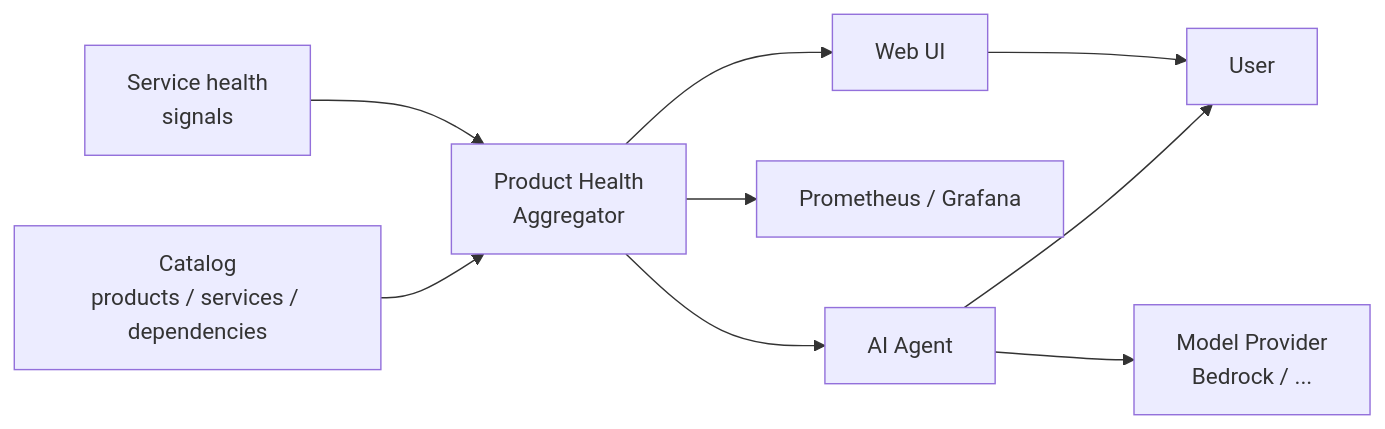
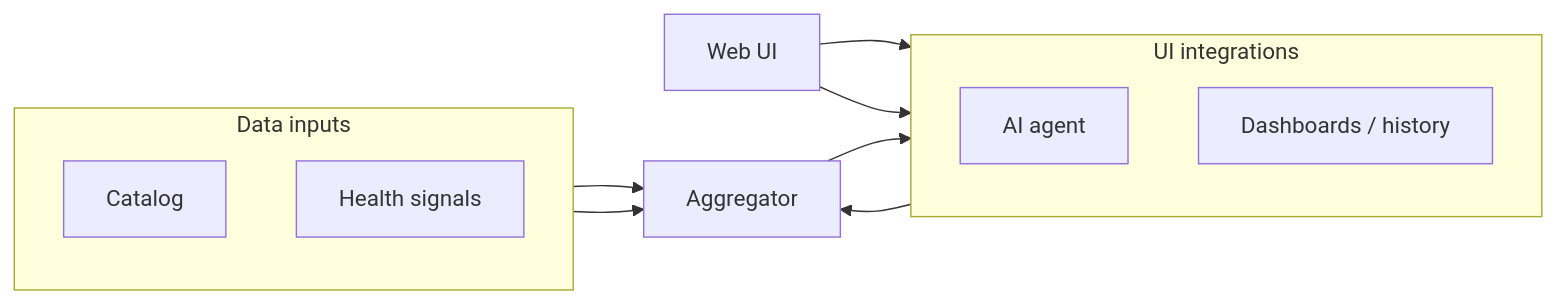
The first of 3 diagrams in README.md (aleksei-sapozhnikov/aggregator), drawn with Mermaid before and after one commit.

Commit message:
Refine overview architecture diagram

````diff
--- a/README.md
+++ b/README.md
@@ -60,14 +60,26 @@
 ```mermaid
 flowchart LR
-  signals["Service health<br>signals"] --> health["Product Health<br>Aggregator"]
-  catalog["Catalog<br>products / services / dependencies"] --> health
+  ui["Web UI"]
 
-  health --> ui["Web UI"]
-  health --> observability["Prometheus / Grafana"]
-  health --> agent["AI Agent"]
+  subgraph experience["UI integrations"]
+    direction TB
+    agent["AI agent"]
+    dashboards["Dashboards / history"]
+  end
 
-  agent --> model["Model Provider<br>Bedrock / ..."]
+  ui --> agent
+  ui --> dashboards
 
-  ui --> user["User"]
-  agent --> user
+  aggregator["Aggregator"]
+
+  subgraph inputs["Data inputs"]
+    direction TB
+    catalog["Catalog"]
+    signals["Health signals"]
+  end
+
+  agent --> aggregator
+  catalog --> aggregator
+  signals --> aggregator
+  aggregator --> dashboards
 ```
````
